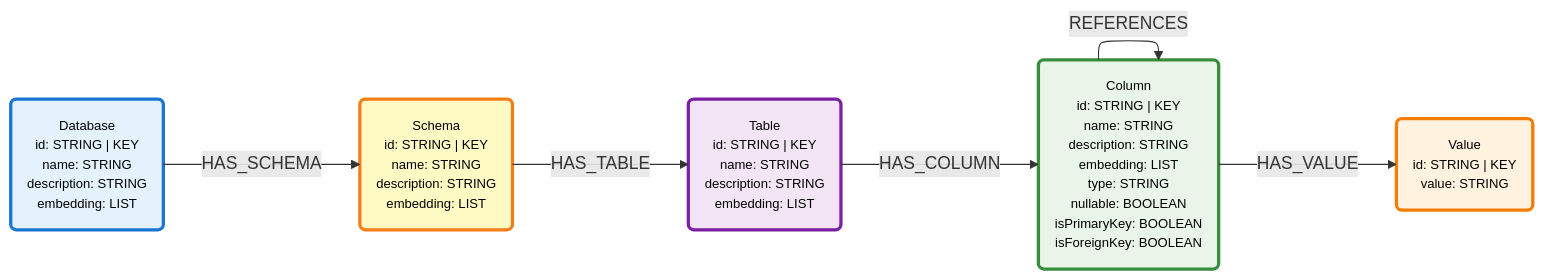
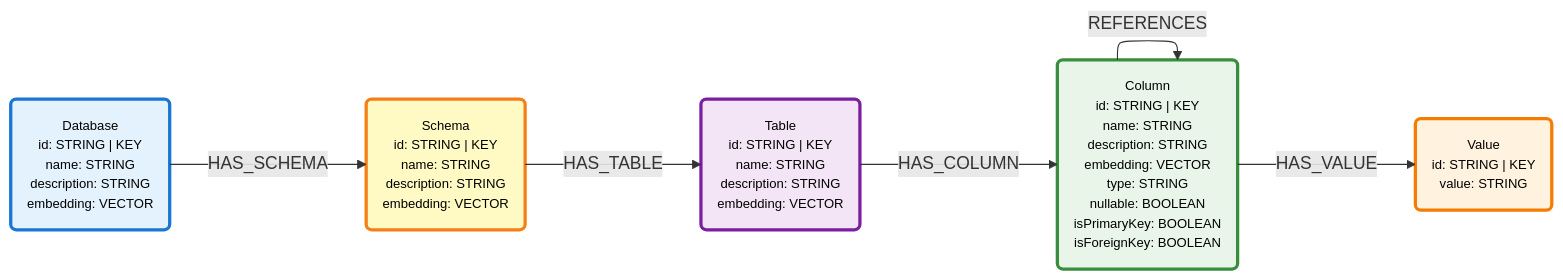
The first of 5 diagrams in README.md (neo4j-field/neocarta), drawn with Mermaid before and after one commit. The commit also changed other lines of this file and 26 other files, not shown here.

````diff
--- a/README.md
+++ b/README.md
@@ -61,37 +61,37 @@
 ```mermaid
 ---
 config:
     layout: elk
 ---
 graph LR
 %% Nodes
-Database("Database<br/>id: STRING | KEY<br/>name: STRING<br/>description: STRING<br/>embedding: LIST")
-Schema("Schema<br/>id: STRING | KEY<br/>name: STRING<br/>description: STRING<br/>embedding: LIST")
-Table("Table<br/>id: STRING | KEY<br/>name: STRING<br/>description: STRING<br/>embedding: LIST")
-Column("Column<br/>id: STRING | KEY<br/>name: STRING<br/>description: STRING<br/>embedding: LIST<br/>type: STRING<br/>nullable: BOOLEAN<br/>isPrimaryKey: BOOLEAN<br/>isForeignKey: BOOLEAN")
+Database("Database<br/>id: STRING | KEY<br/>name: STRING<br/>description: STRING<br/>embedding: VECTOR")
+Schema("Schema<br/>id: STRING | KEY<br/>name: STRING<br/>description: STRING<br/>embedding: VECTOR")
+Table("Table<br/>id: STRING | KEY<br/>name: STRING<br/>description: STRING<br/>embedding: VECTOR")
+Column("Column<br/>id: STRING | KEY<br/>name: STRING<br/>description: STRING<br/>embedding: VECTOR<br/>type: STRING<br/>nullable: BOOLEAN<br/>isPrimaryKey: BOOLEAN<br/>isForeignKey: BOOLEAN")
 Value("Value<br/>id: STRING | KEY<br/>value: STRING")
 
 %% Relationships
 Database -->|HAS_SCHEMA| Schema
 Schema -->|HAS_TABLE| Table
 Table -->|HAS_COLUMN| Column
 Column -->|REFERENCES| Column
 Column -->|HAS_VALUE| Value
 
 
 %% Styling
 classDef node_0_color fill:#e3f2fd,stroke:#1976d2,stroke-width:3px,color:#000,font-size:12px
 class Database node_0_color
 
 classDef node_1_color fill:#fff9c4,stroke:#f57f17,stroke-width:3px,color:#000,font-size:12px
 class Schema node_1_color
 
 classDef node_2_color fill:#f3e5f5,stroke:#7b1fa2,stroke-width:3px,color:#000,font-size:12px
 class Table node_2_color
 
 classDef node_3_color fill:#e8f5e8,stroke:#388e3c,stroke-width:3px,color:#000,font-size:12px
 class Column node_3_color
 
 classDef node_4_color fill:#fff3e0,stroke:#f57c00,stroke-width:3px,color:#000,font-size:12px
 class Value node_4_color
 ```
````
